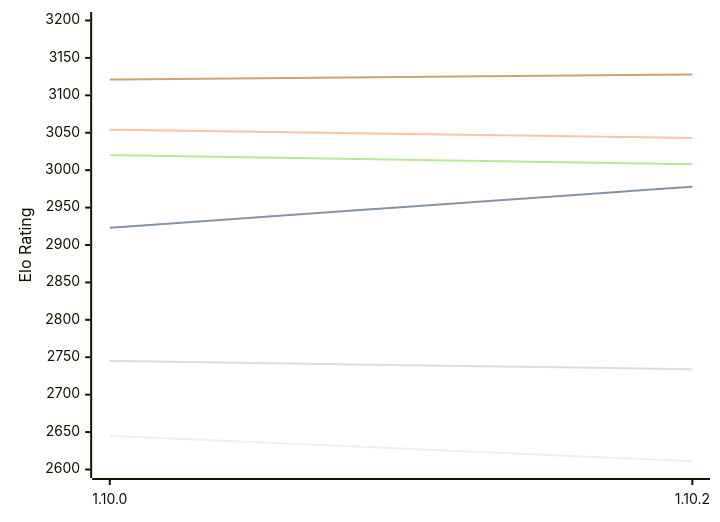
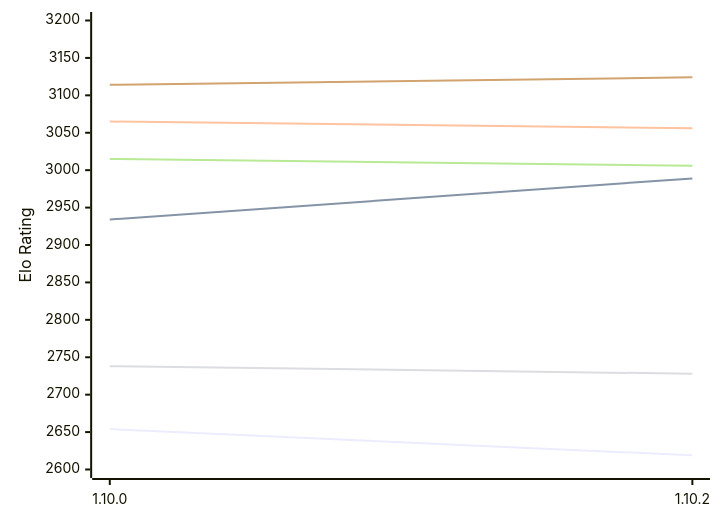
One commit to computer-chess-index/cci changed the first of 2 diagrams in engines/Basilisk.md. Above: the diagram before and after it, drawn with Mermaid. The commit also changed other lines of this file, not shown here.

Commit message:
Update CCI Ratings (ELO VLTC) - 2026-11-06

````diff
--- a/engines/Basilisk.md
+++ b/engines/Basilisk.md
@@ -61,12 +61,12 @@
 ```mermaid
 %%{init: {"theme":"base","themeVariables":{"seriesColors:['#a3a3a3','#222221','#faa371']}}}%%
 xychart-beta
   x-axis ["1.10.0", "1.10.2"]
   y-axis "Elo Rating" 2600 --> 3200
-  line "E1: STC (8.0+0.08s)" [2645, 2611]
-  line "E1: LTC (60.0+0.60s)" [2923, 2978]
-  line "E1: VLTC (2m24s+1.12s)" [3054, 3043]
-  line "P1: STC (8.0+0.08s)" [2745, 2734]
-  line "P1: LTC (60.0+0.60s)" [3020, 3008]
-  line "P1: VLTC (2m24s+1.12s)" [3121, 3128]
+  line "E1: STC (8.0+0.08s)" [2654, 2619]
+  line "E1: LTC (60.0+0.60s)" [2934, 2989]
+  line "E1: VLTC (2m24s+1.12s)" [3065, 3056]
+  line "P1: STC (8.0+0.08s)" [2738, 2728]
+  line "P1: LTC (60.0+0.60s)" [3015, 3006]
+  line "P1: VLTC (2m24s+1.12s)" [3114, 3124]
 ```
````
